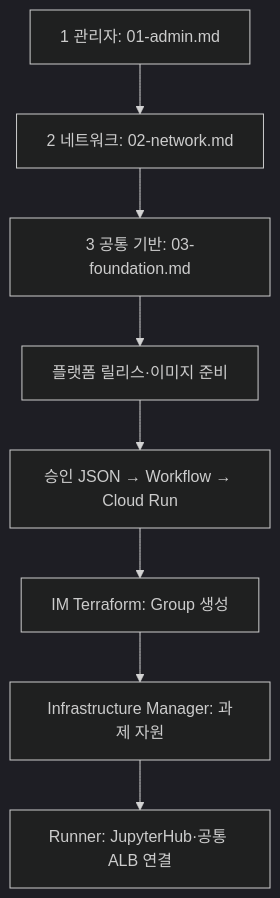
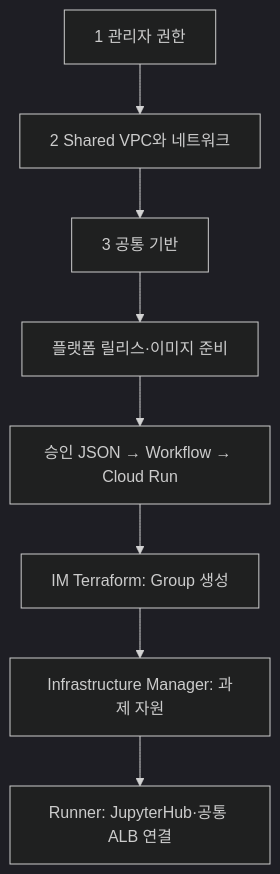
Before and after one commit to sonmap/https-github.com-sonmap-GCP_SBX_Test02: the diagram in README.md, drawn with Mermaid (dark theme). The commit also changed other lines of this file and 32 other files, not shown here.

````diff
--- a/README.md
+++ b/README.md
@@ -96,10 +95,10 @@
 ```mermaid
 flowchart TD
-  A["1 관리자: 01-admin.md"] --> B["2 네트워크: 02-network.md"]
-  B --> C["3 공통 기반: 03-foundation.md"]
+  A["1 관리자 권한"] --> B["2 Shared VPC와 네트워크"]
+  B --> C["3 공통 기반"]
   C --> D["플랫폼 릴리스·이미지 준비"]
   D --> E["승인 JSON → Workflow → Cloud Run"]
   E --> F["IM Terraform: Group 생성"]
   F --> G["Infrastructure Manager: 과제 자원"]
   G --> H["Runner: JupyterHub·공통 ALB 연결"]
 ```
````
